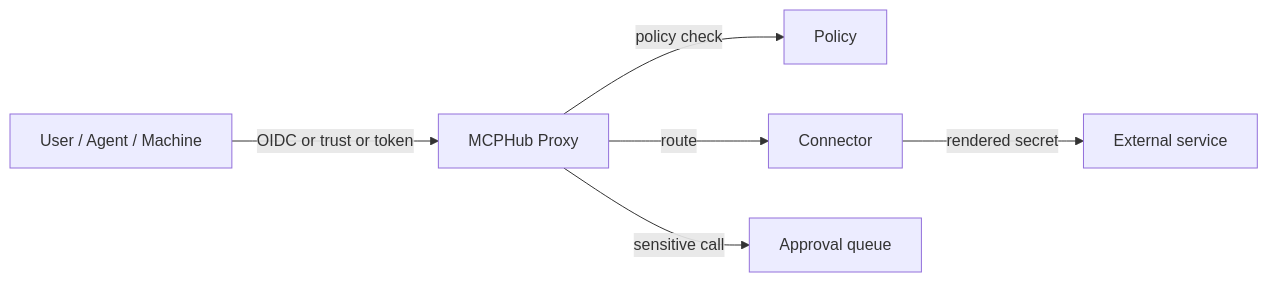
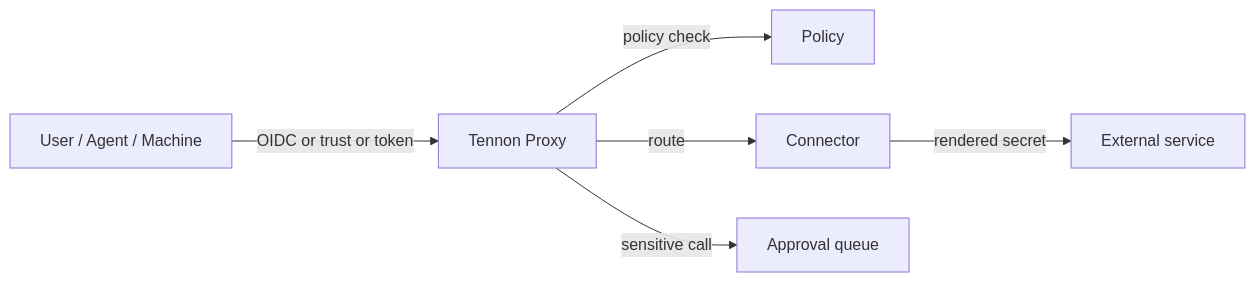
The diagram in docs/02-concepts.md (yurifrl/tennon), drawn with Mermaid before and after one commit. The commit also changed other lines of this file and 77 other files, not shown here.

````diff
--- a/docs/02-concepts.md
+++ b/docs/02-concepts.md
@@ -115,8 +115,8 @@
 ```mermaid
 graph LR
-  U[User / Agent / Machine] -->|OIDC or trust or token| P[MCPHub Proxy]
+  U[User / Agent / Machine] -->|OIDC or trust or token| P[Tennon Proxy]
   P -->|policy check| POL[Policy]
   P -->|route| MCP[Connector]
   MCP -->|rendered secret| EXT[External service]
   P -->|sensitive call| AP[Approval queue]
 ```
````
